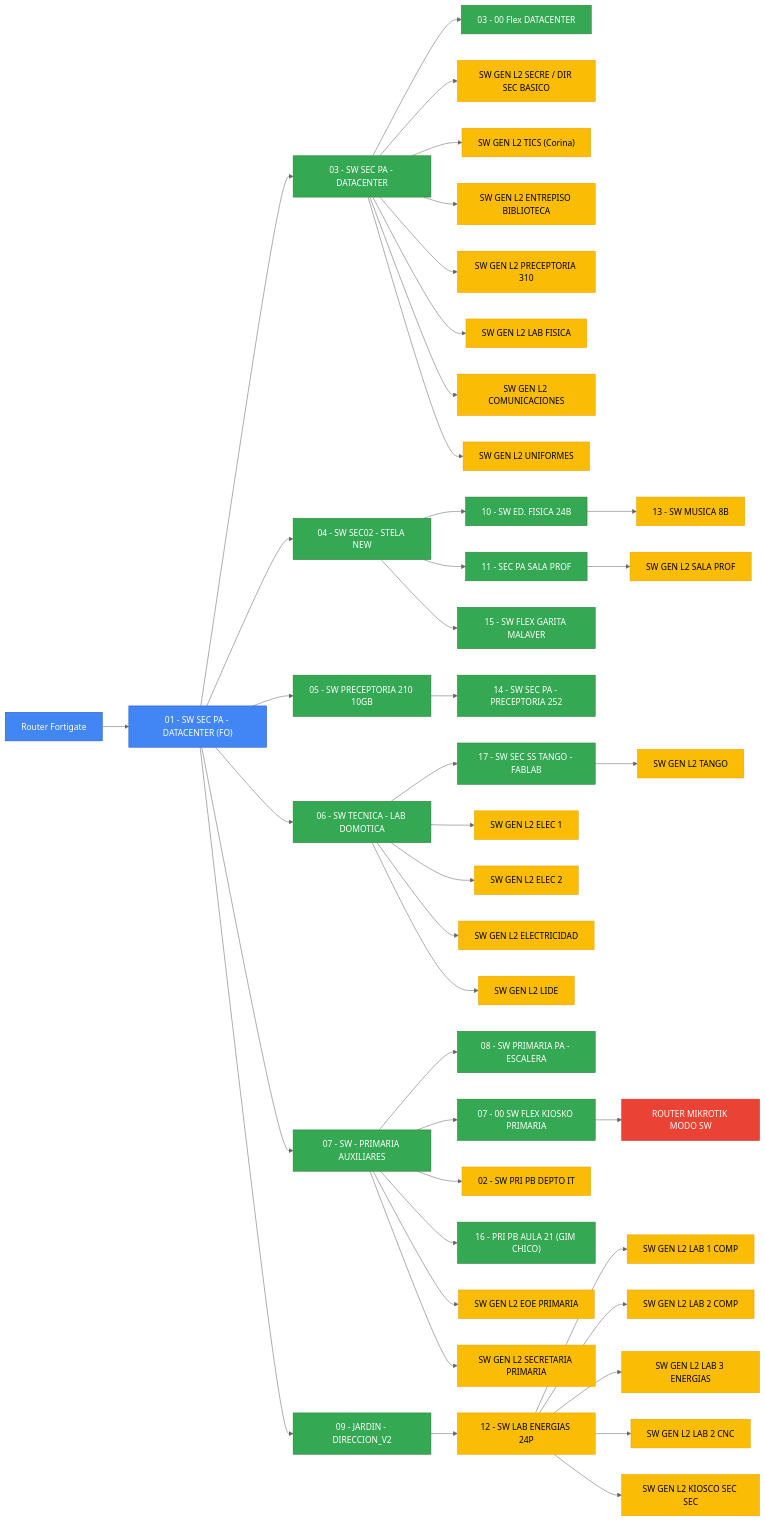
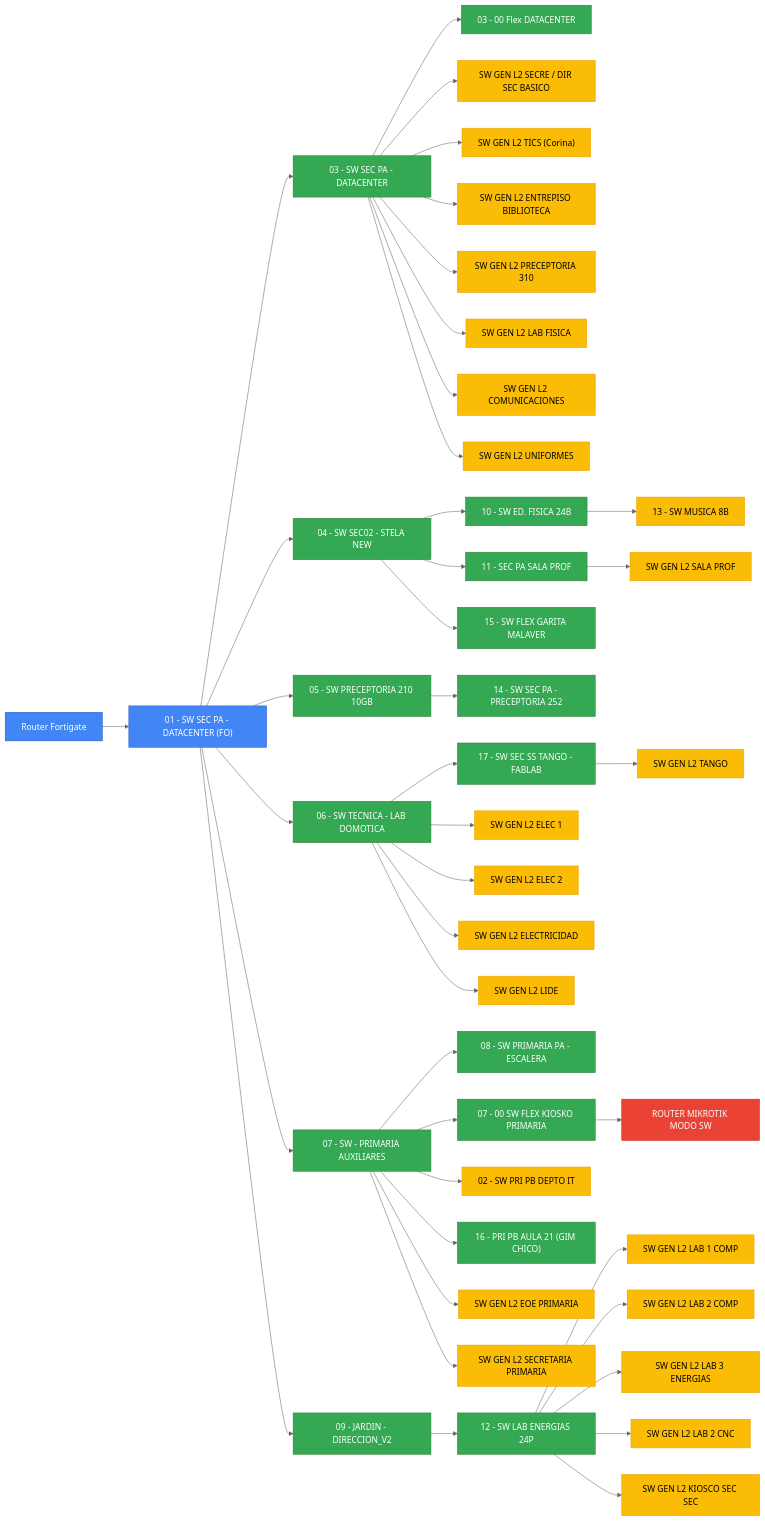
The diagram in README.md (carlostcba/Topologia-LSF), drawn with Mermaid (neutral theme) before and after one commit.

````diff
--- a/README.md
+++ b/README.md
@@ -2,58 +2,58 @@
 ```mermaid
 flowchart LR
     classDef core fill:#4285F4,stroke:#2A56C6,color:white;
     classDef distribucion fill:#34A853,stroke:#2E7D32,color:white;
     classDef acceso fill:#FBBC05,stroke:#E8A203,color:black;
     classDef especial fill:#EA4335,stroke:#C62828,color:white;
 
     RF[Router Fortigate] --> C01["01 - SW SEC PA - DATACENTER (FO)"]
     C01 --> S03["03 - SW SEC PA - DATACENTER"]
     S03 --> F03["03 - 00 Flex DATACENTER"]
     S03 --> S031["SW GEN L2 SECRE / DIR SEC BASICO"]
     S03 --> S032["SW GEN L2 TICS (Corina)"]
     S03 --> S033["SW GEN L2 ENTREPISO BIBLIOTECA"]
     S03 --> S034["SW GEN L2 PRECEPTORIA 310"]
     S03 --> S035["SW GEN L2 LAB FISICA"]
     S03 --> S036["SW GEN L2 COMUNICACIONES"]
     S03 --> S037["SW GEN L2 UNIFORMES"]
 
     C01 --> S04["04 - SW SEC02 - STELA NEW"]
     S04 --> E10["10 - SW ED. FISICA 24B"]
     E10 --> M13["13 - SW MUSICA 8B"]
     S04 --> P11["11 - SEC PA SALA PROF"]
     P11 --> SPROF["SW GEN L2 SALA PROF"]
     S04 --> FLEX2["15 - SW FLEX GARITA MALAVER"]
 
     C01 --> S05["05 - SW PRECEPTORIA 210 10GB"]
     S05 --> P14["14 - SW SEC PA - PRECEPTORIA 252"]
 
     C01 --> S06["06 - SW TECNICA - LAB DOMOTICA"]
     S06 --> T17["17 - SW SEC SS TANGO - FABLAB"]
     T17 --> TANGO["SW GEN L2 TANGO"]
     S06 --> ELEC1["SW GEN L2 ELEC 1"]
     S06 --> ELEC2["SW GEN L2 ELEC 2"]
     S06 --> ELEC3["SW GEN L2 ELECTRICIDAD"]
     S06 --> LIDE["SW GEN L2 LIDE"]
 
     C01 --> S07["07 - SW - PRIMARIA AUXILIARES"]
     S07 --> P08["08 - SW PRIMARIA PA - ESCALERA"]
     S07 --> K07["07 - 00 SW FLEX KIOSKO PRIMARIA"]
     K07 --> RMIK["ROUTER MIKROTIK MODO SW"]
     S07 --> D02["02 - SW PRI PB DEPTO IT"]
     S07 --> G16["16 - PRI PB AULA 21 (GIM CHICO)"]
     S07 --> EOE["SW GEN L2 EOE PRIMARIA"]
     S07 --> SPRI["SW GEN L2 SECRETARIA PRIMARIA"]
 
     C01 --> S09["09 - JARDIN - DIRECCION_V2"]
     S09 --> L12["12 - SW LAB ENERGIAS 24P"]
     L12 --> LC1["SW GEN L2 LAB 1 COMP"]
     L12 --> LC2["SW GEN L2 LAB 2 COMP"]
     L12 --> LE3["SW GEN L2 LAB 3 ENERGIAS"]
     L12 --> CNC["SW GEN L2 LAB 2 CNC"]
     L12 --> KSEC["SW GEN L2 KIOSCO SEC SEC"]
 
     class RF,C01 core;
-    class S03,S04,S05,S06,S07,S09,F03,FLEX1,FLEX2,P11,E10,P14,T17,P08,K07,G16 distribucion;
-    class S031,S032,S033,S034,S035,S036,S037,,M13,SPROF,TANGO,ELEC1,ELEC2,ELEC3,LIDE,D02,EOE,SPRI,L12,LC1,LC2,LE3,CNC,KSEC acceso;
+    class S03,S04,S05,S06,S07,S09,F03,FLEX1,FLEX2,P11,E10,P14,T17,P08,K07,G16,L12 distribucion;
+    class S031,S032,S033,S034,S035,S036,S037,,M13,SPROF,TANGO,ELEC1,ELEC2,ELEC3,LIDE,D02,EOE,SPRI,LC1,LC2,LE3,CNC,KSEC acceso;
     class RMIK especial;
 ```
````
